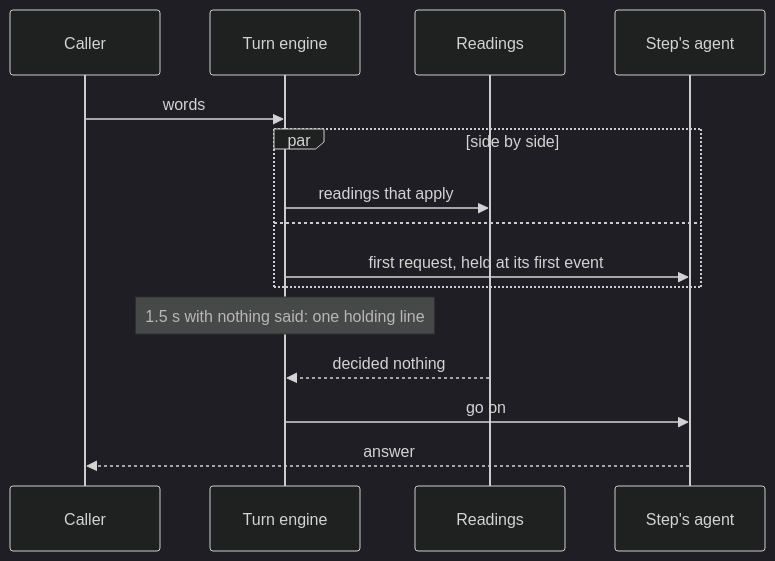
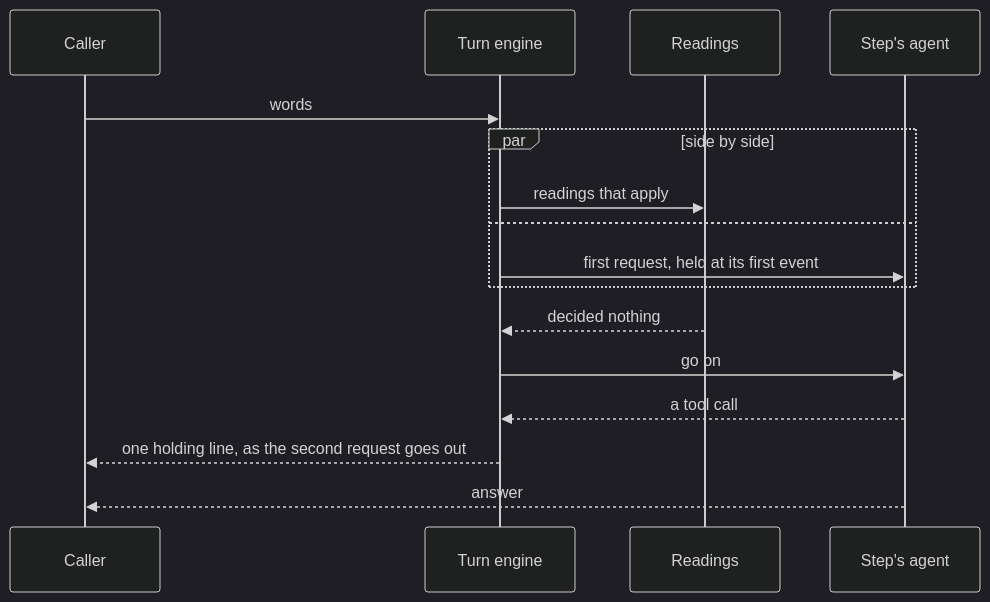
The fourth of 6 diagrams in README.md (slng-ai/unmute-beat), drawn with Mermaid (dark theme) before and after one commit. The commit also changed other lines of this file and 6 other files, not shown here.

First line of the commit message:
The holding line goes out as a turn's second step request does

````diff
--- a/README.md
+++ b/README.md
@@ -501,17 +501,18 @@
 ```mermaid
 sequenceDiagram
     participant C as Caller
     participant E as Turn engine
     participant R as Readings
     participant A as Step's agent
     C->>E: words
     par side by side
         E->>R: readings that apply
     and
         E->>A: first request, held at its first event
     end
-    Note over E: 1.5 s with nothing said: one holding line
     R-->>E: decided nothing
     E->>A: go on
+    A-->>E: a tool call
+    E-->>C: one holding line, as the second request goes out
     A-->>C: answer
 ```
````
